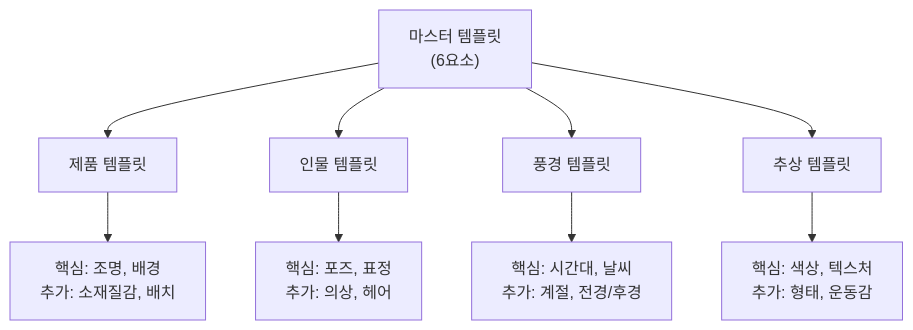
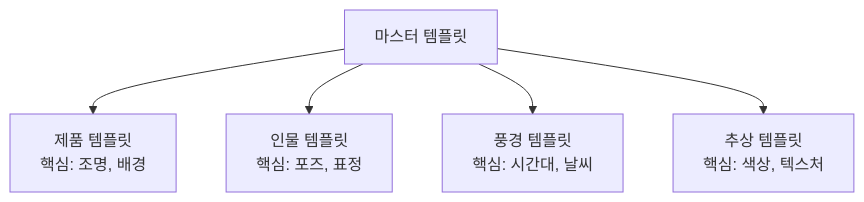
The diagram in 02-ch2-프롬프트-구조-마스터/06-06-나만의-프롬프트-템플릿-만들기.md (jsonpassion/forge-tutorial-promptcanvas), drawn with Mermaid before and after one commit. The commit also changed other lines of this file and 12 other files, not shown here.

````diff
--- a/02-ch2-프롬프트-구조-마스터/06-06-나만의-프롬프트-템플릿-만들기.md
+++ b/02-ch2-프롬프트-구조-마스터/06-06-나만의-프롬프트-템플릿-만들기.md
@@ -84,12 +49,7 @@
 ```mermaid
-graph TD
-    M["마스터 템플릿<br/>(6요소)"] --> P["제품 템플릿"]
-    M --> H["인물 템플릿"]
-    M --> L["풍경 템플릿"]
-    M --> A["추상 템플릿"]
-    
-    P --> P1["핵심: 조명, 배경<br/>추가: 소재질감, 배치"]
-    H --> H1["핵심: 포즈, 표정<br/>추가: 의상, 헤어"]
-    L --> L1["핵심: 시간대, 날씨<br/>추가: 계절, 전경/후경"]
-    A --> A1["핵심: 색상, 텍스처<br/>추가: 형태, 운동감"]
+flowchart TD
+    M["마스터 템플릿"] --> P["제품 템플릿<br/>핵심: 조명, 배경"]
+    M --> H["인물 템플릿<br/>핵심: 포즈, 표정"]
+    M --> L["풍경 템플릿<br/>핵심: 시간대, 날씨"]
+    M --> A["추상 템플릿<br/>핵심: 색상, 텍스처"]
 ```
````
